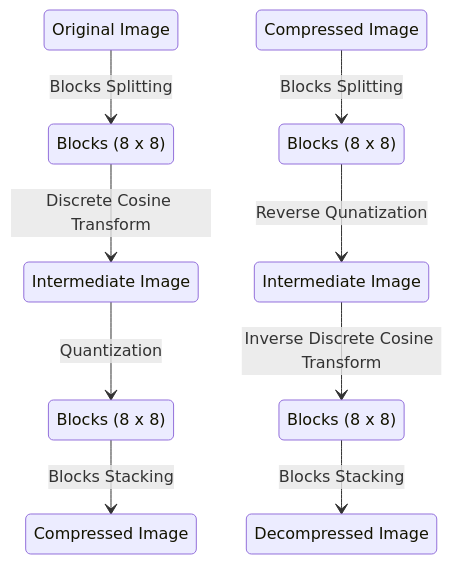
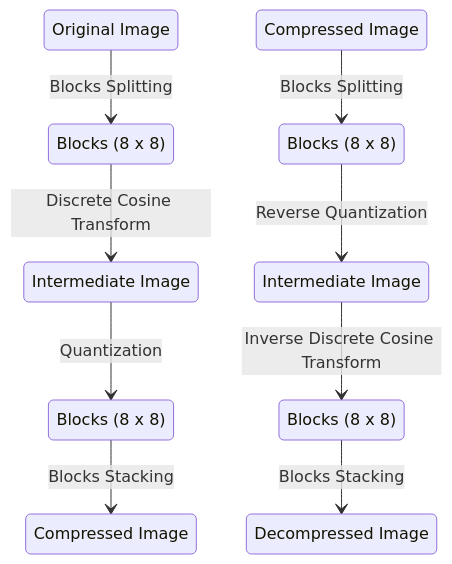
One commit to ashwin-mittal/Pied-Piper changed the diagram in Image Compression/JPEG Compression/README.md. Above: the diagram before and after it, drawn with Mermaid. The commit also changed 1 other file, not shown here.

Commit message:
readme update

````diff
--- a/Image Compression/JPEG Compression/README.md
+++ b/Image Compression/JPEG Compression/README.md
@@ -7,22 +7,22 @@
 ```mermaid
 stateDiagram
     A: Original Image
     B: Blocks (8 x 8)
     C: Intermediate Image
     D: Blocks (8 x 8)
     E: Compressed Image
     A --> B: Blocks Splitting
     B --> C: Discrete Cosine Transform
     C --> D: Quantization
     D --> E: Blocks Stacking
 
     F: Compressed Image
     G: Blocks (8 x 8)
     H: Intermediate Image
     I: Blocks (8 x 8)
     J: Decompressed Image
     F --> G: Blocks Splitting
-    G --> H: Reverse Qunatization
+    G --> H: Reverse Quantization
     H --> I: Inverse Discrete Cosine Transform
     I --> J: Blocks Stacking
 ```
````
